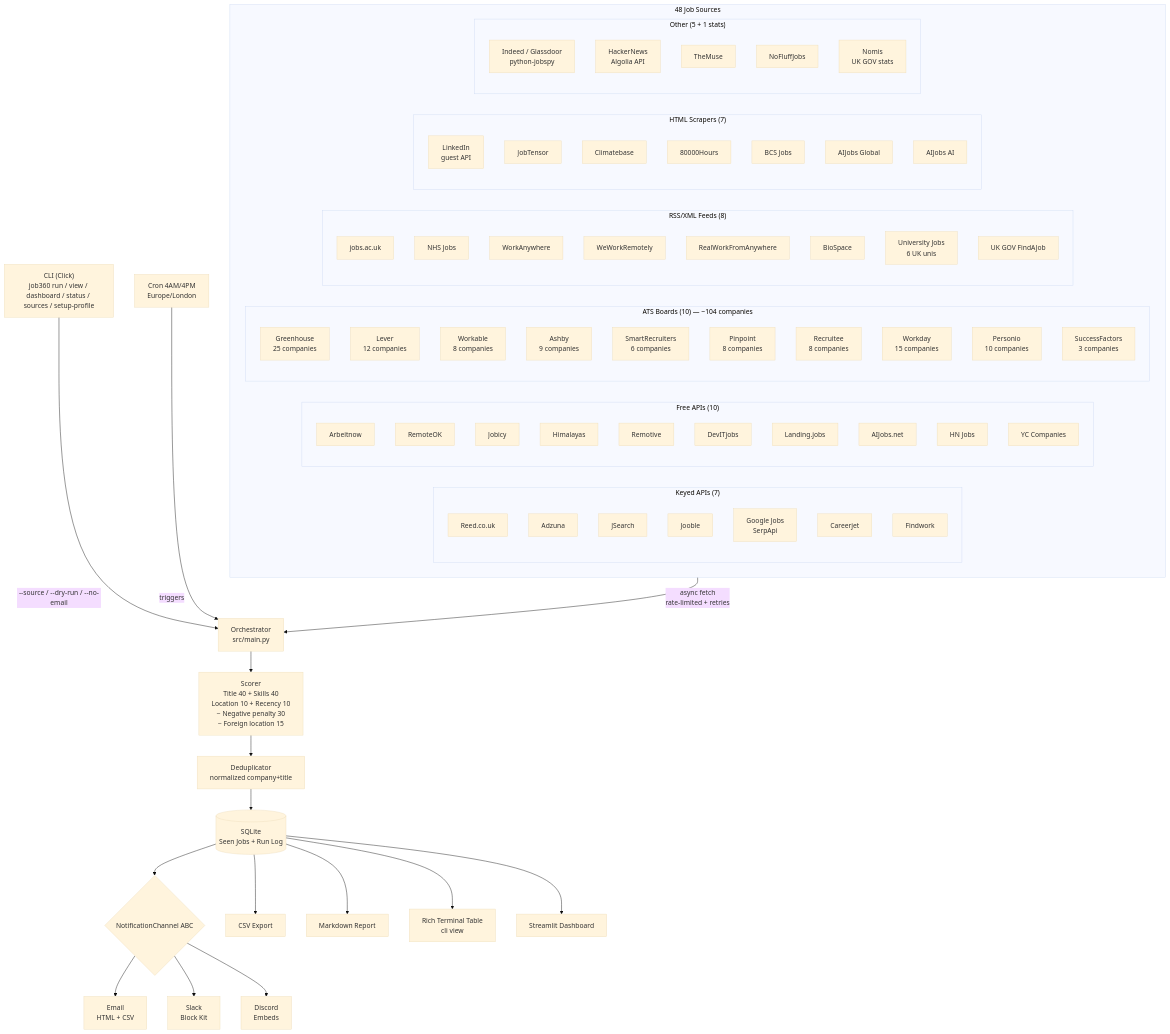
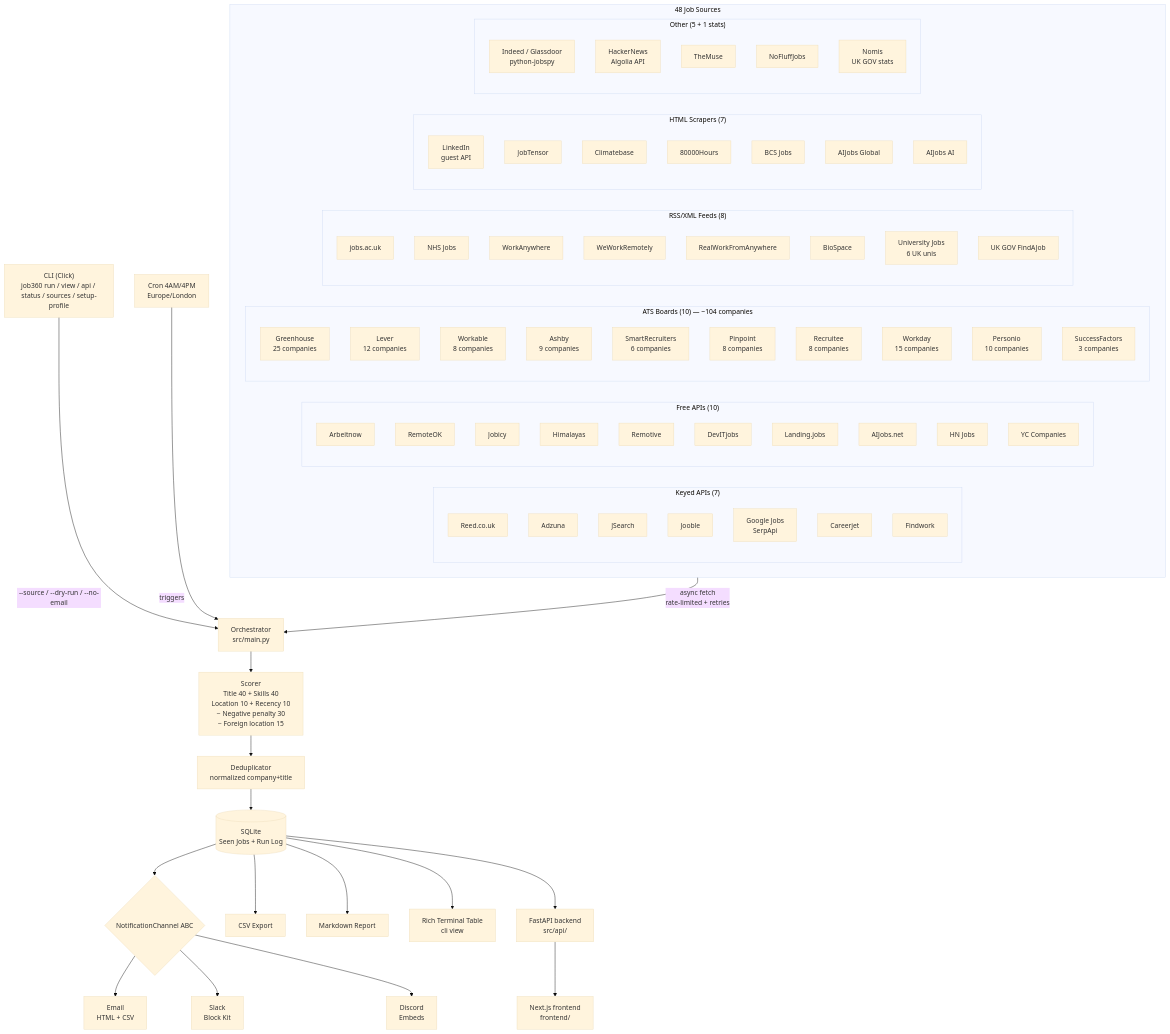
One commit to Ranjith36963/job360 changed the diagram in README.md. Above: the diagram before and after it, drawn with Mermaid (base theme). The commit also changed other lines of this file and 3 other files, not shown here.

````diff
--- a/README.md
+++ b/README.md
@@ -7,6 +7,6 @@
 ```mermaid
 flowchart TD
-    CLI["CLI (Click)\njob360 run / view / dashboard / status / sources / setup-profile"]
+    CLI["CLI (Click)\njob360 run / view / api / status / sources / setup-profile"]
     Cron["Cron 4AM/4PM\nEurope/London"]
 
     subgraph Sources["48 Job Sources"]
@@ -87,5 +87,6 @@
     DB --> CSV[CSV Export]
     DB --> Report[Markdown Report]
     DB --> RichTable[Rich Terminal Table\ncli view]
-    DB --> Dashboard[Streamlit Dashboard]
+    DB --> FastAPI[FastAPI backend\nsrc/api/]
+    FastAPI --> NextJS[Next.js frontend\nfrontend/]
 ```
````
